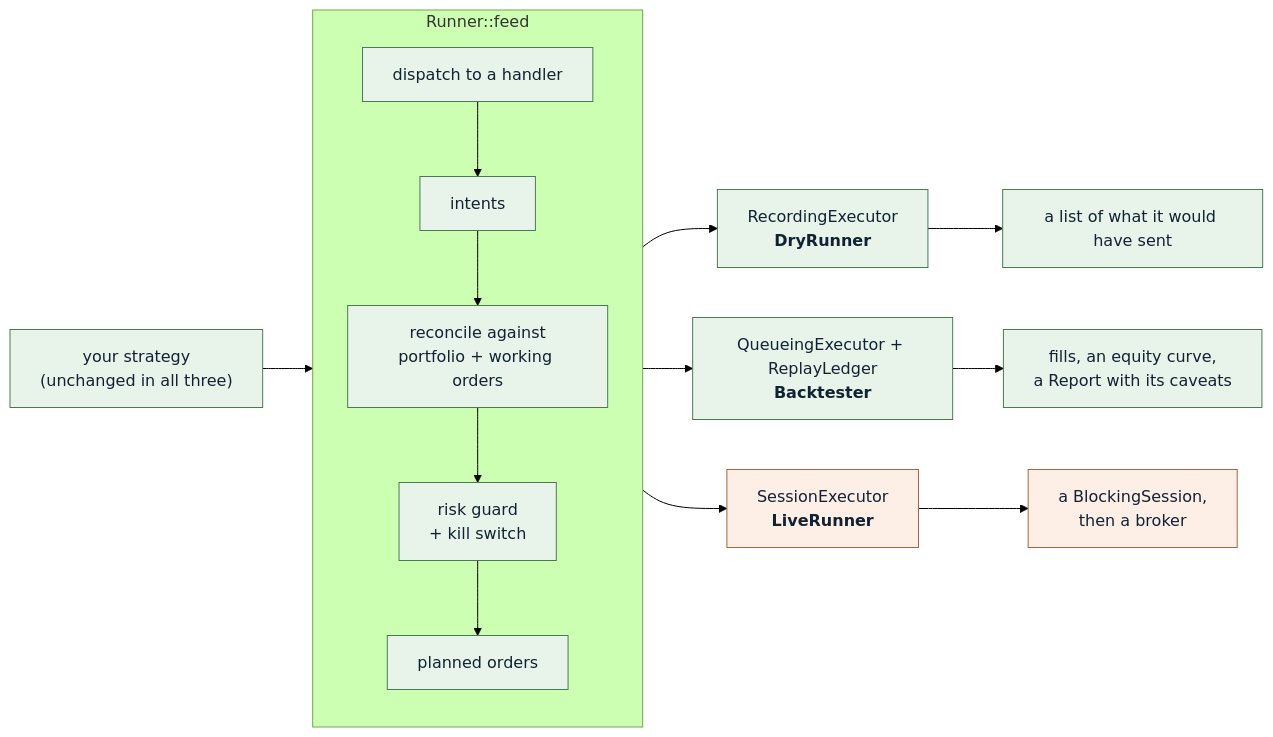
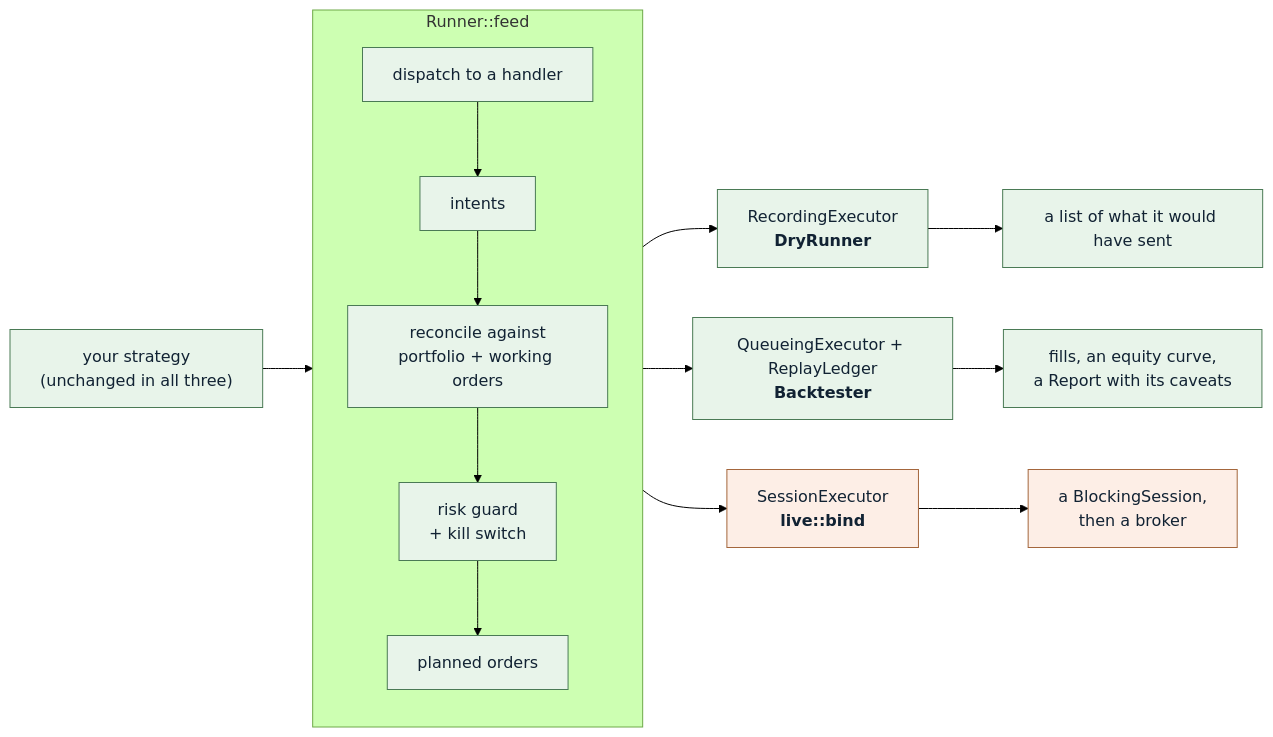
The second of 5 diagrams in doxygen/vignettes/architecture.md (algotradelib/algotradelib), drawn with Mermaid (forest theme) before and after one commit. The commit also changed 1 other file, not shown here.

Commit message:
docs: name the real live binding in the architecture diagram

````diff
--- a/doxygen/vignettes/architecture.md
+++ b/doxygen/vignettes/architecture.md
@@ -114,24 +114,24 @@
 ```mermaid
 graph LR
   ST["your strategy<br/>(unchanged in all three)"]
 
   subgraph R["Runner::feed"]
     direction TB
     D["dispatch to a handler"] --> I["intents"] --> RC["reconcile against<br/>portfolio + working orders"] --> RG["risk guard<br/>+ kill switch"] --> PL["planned orders"]
   end
 
   ST --> D
 
   PL --> E1["RecordingExecutor<br/><b>DryRunner</b>"]
   PL --> E2["QueueingExecutor + ReplayLedger<br/><b>Backtester</b>"]
-  PL --> E3["SessionExecutor<br/><b>LiveRunner</b>"]
+  PL --> E3["SessionExecutor<br/><b>live::bind</b>"]
 
   E1 --> O1["a list of what it would have sent"]
   E2 --> O2["fills, an equity curve,<br/>a Report with its caveats"]
   E3 --> O3["a BlockingSession,<br/>then a broker"]
 
   classDef pure fill:#e8f4ea,stroke:#4a7a55,color:#123
   classDef io fill:#fdeee6,stroke:#a4663c,color:#123
   class ST,D,I,RC,RG,PL,E1,E2,O1,O2 pure
   class E3,O3 io
 ```
````
